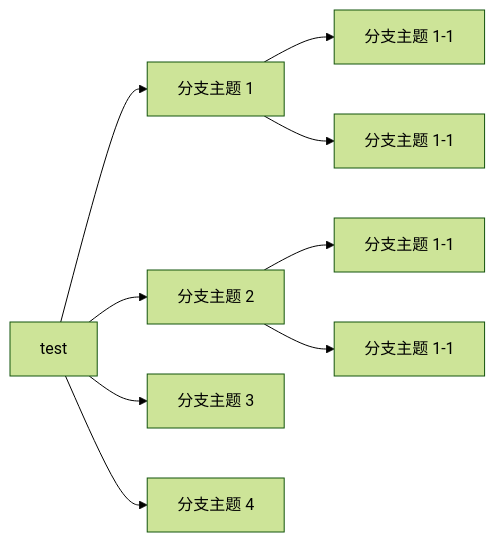
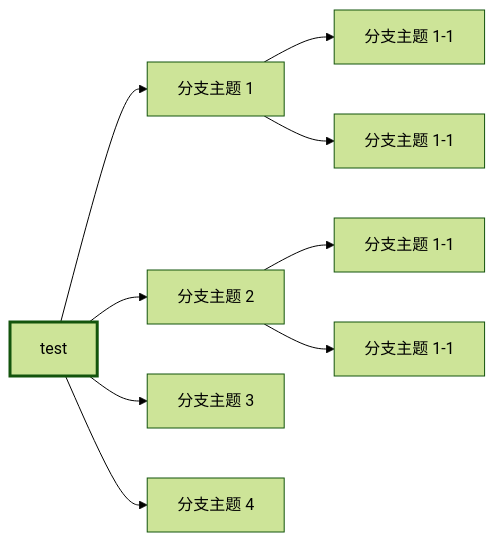
One commit to TangBinQiang/Blog-Quartz changed the first of 5 diagrams in content/test.md. Above: the diagram before and after it, drawn with Mermaid (forest theme). The commit also changed other lines of this file, not shown here.

````diff
--- a/content/test.md
+++ b/content/test.md
@@ -29,13 +29,14 @@
 ```mermaid
 flowchart LR
   A[test]
   A --> B[分支主题 1]
 	  B --> B01[分支主题 1-1]
 	  B --> B02[分支主题 1-1]
   A --> C[分支主题 2]
 	  C --> C01[分支主题 1-1]
 	  C --> C02[分支主题 1-1]
   A --> D[分支主题 3]
   A --> E[分支主题 4]
 
+style A stroke-width:3px
 ```
````
